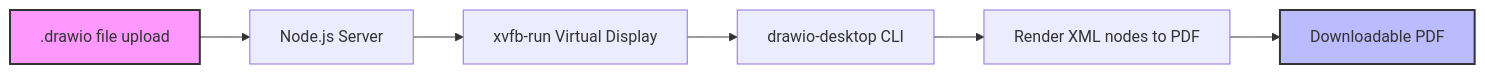
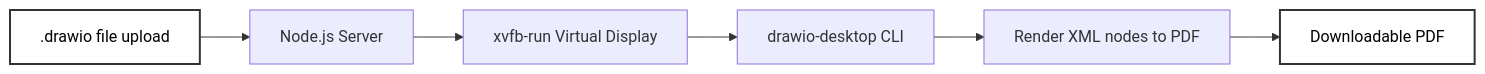
The fourth of 5 diagrams in README.md (AnkitDTUSE/PDFphile), drawn with Mermaid before and after one commit. The commit also changed other lines of this file, not shown here.

````diff
--- a/README.md
+++ b/README.md
@@ -117,10 +117,10 @@
 ```mermaid
 graph LR
     Drawio[.drawio file upload] --> Server[Node.js Server]
     Server --> Xvfb[xvfb-run Virtual Display]
     Xvfb --> Electron[drawio-desktop CLI]
     Electron --> Export[Render XML nodes to PDF]
     Export --> PDF[Downloadable PDF]
-    style Drawio fill:#f9f,stroke:#333,stroke-width:2px
-    style PDF fill:#bbf,stroke:#333,stroke-width:2px
+    style Drawio fill:#fff,stroke:#333,stroke-width:2px,color:#000
+    style PDF fill:#fff,stroke:#333,stroke-width:2px,color:#000
 ```
````
